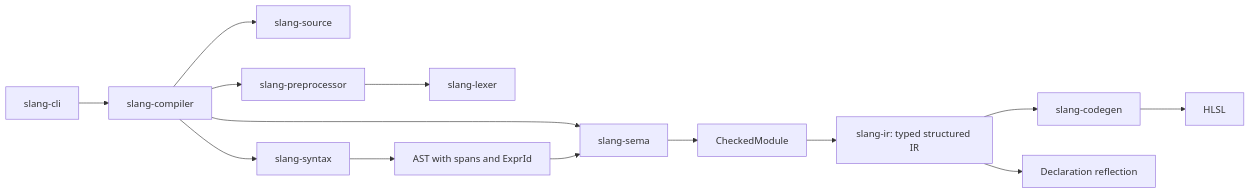
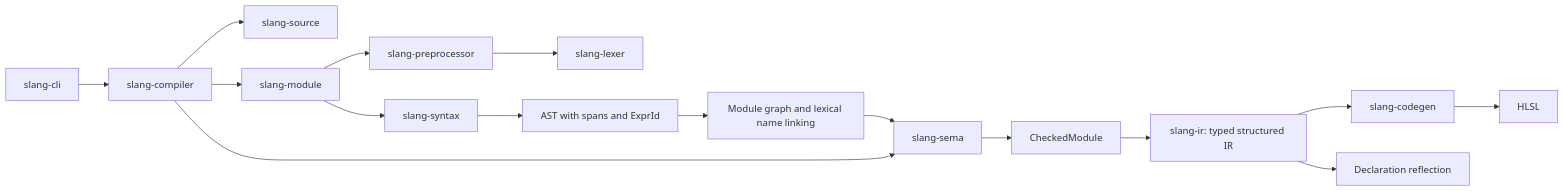
One commit to vexel-interactive/slang-rs changed the diagram in docs/architecture.md. Above: the diagram before and after it, drawn with Mermaid. The commit also changed other lines of this file and 81 other files, not shown here.

````diff
--- a/docs/architecture.md
+++ b/docs/architecture.md
@@ -5,16 +5,18 @@
 ```mermaid
 flowchart LR
     CLI[slang-cli] --> API[slang-compiler]
     API --> Source[slang-source]
-    API --> PP[slang-preprocessor]
+    API --> Modules[slang-module]
+    Modules --> PP[slang-preprocessor]
     PP --> Lexer[slang-lexer]
-    API --> Syntax[slang-syntax]
+    Modules --> Syntax[slang-syntax]
     Syntax --> AST[AST with spans and ExprId]
     API --> Sema[slang-sema]
-    AST --> Sema
+    AST --> Link[Module graph and lexical name linking]
+    Link --> Sema
     Sema --> Checked[CheckedModule]
     Checked --> IR[slang-ir: typed structured IR]
     IR --> Gen[slang-codegen]
     Gen --> HLSL[HLSL]
     IR --> Reflection[Declaration reflection]
 ```
````
